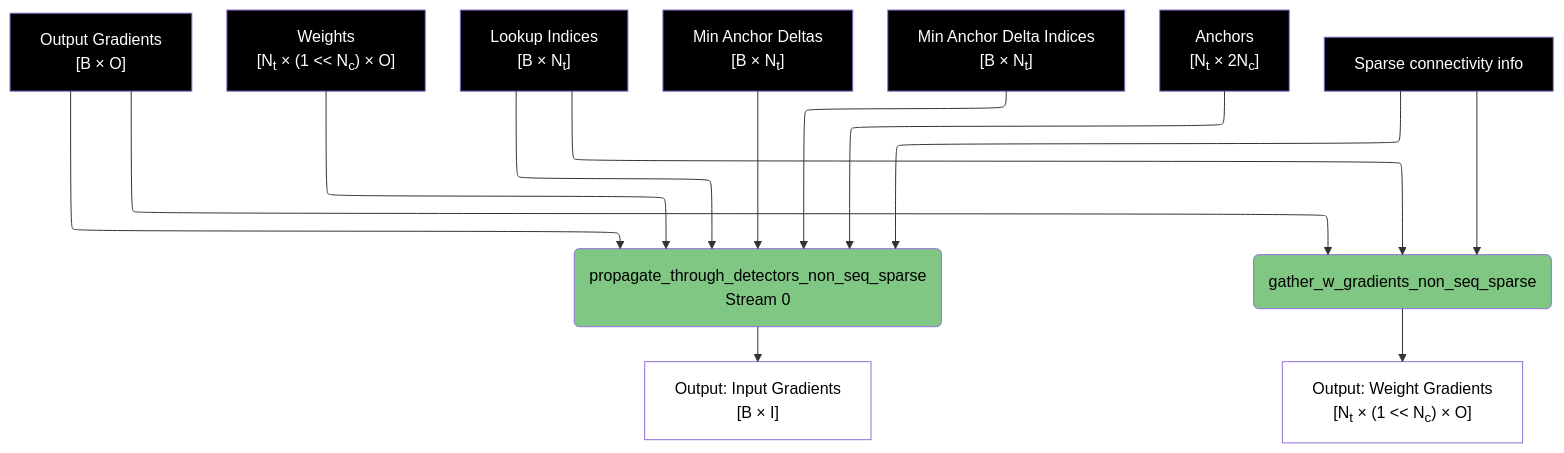
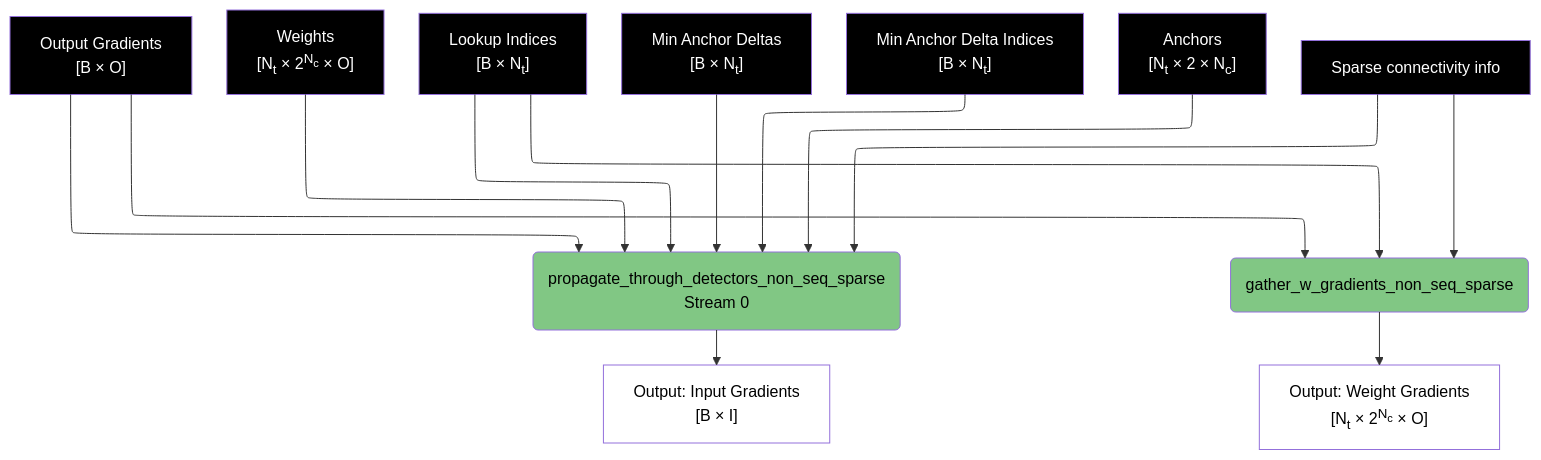
One commit to anatoli-starostin/spiky changed the fourth of 8 diagrams in spiky_cuda/lut/doc/LUT_RUNTIME_DATA_FLOW.md. Above: the diagram before and after it, drawn with Mermaid. The commit also changed other lines of this file and 8 other files, not shown here.

````diff
--- a/spiky_cuda/lut/doc/LUT_RUNTIME_DATA_FLOW.md
+++ b/spiky_cuda/lut/doc/LUT_RUNTIME_DATA_FLOW.md
@@ -120,34 +110,34 @@
 ```mermaid
 %%{init: { "flowchart": { "defaultRenderer": "elk" } }}%%
 flowchart TD
     A["Output Gradients<br/>[B × O]"] --> B("propagate_through_detectors_non_seq_sparse<br/>Stream 0")
     A --> C("gather_w_gradients_non_seq_sparse")
     
-    W4["Weights<br/>[N<sub>t</sub> × (1 << N<sub>c</sub>) × O]"] --> B
+    W4["Weights<br/>[N<sub>t</sub> × 2<sup>N<sub>c</sub></sup> × O]"] --> B
     
     L5["Lookup Indices<br/>[B × N<sub>t</sub>]"] --> B
     L5 --> C
     
     M3["Min Anchor Deltas<br/>[B × N<sub>t</sub>]"] --> B
     M9["Min Anchor Delta Indices<br/>[B × N<sub>t</sub>]"] --> B
     
-    D4["Anchors<br/>[N<sub>t</sub> × 2N<sub>c</sub>]"] --> B
+    D4["Anchors<br/>[N<sub>t</sub> × 2 × N<sub>c</sub>]"] --> B
     
     SC2["Sparse connectivity info"] --> B
     SC2 --> C
     
     B --> D["Output: Input Gradients<br/>[B × I]"]
-    C --> E["Output: Weight Gradients<br/>[N<sub>t</sub>&nbsp;×&nbsp;(1&nbsp;<<&nbsp;N<sub>c</sub>)&nbsp;×&nbsp;O]"]
+    C --> E["Output: Weight Gradients<br/>[N<sub>t</sub>&nbsp;×&nbsp;2<sup>N<sub>c</sub></sup>&nbsp;×&nbsp;O]"]
     
     style B fill:#81c784,color:#000000
     style C fill:#81c784,color:#000000
     style D fill:#ffffff,color:#000000
     style E fill:#ffffff,color:#000000
     style A fill:#000000,color:#ffffff
     style W4 fill:#000000,color:#ffffff
     style L5 fill:#000000,color:#ffffff
     style M3 fill:#000000,color:#ffffff
     style M9 fill:#000000,color:#ffffff
     style D4 fill:#000000,color:#ffffff
     style SC2 fill:#000000,color:#ffffff
 ```
````
